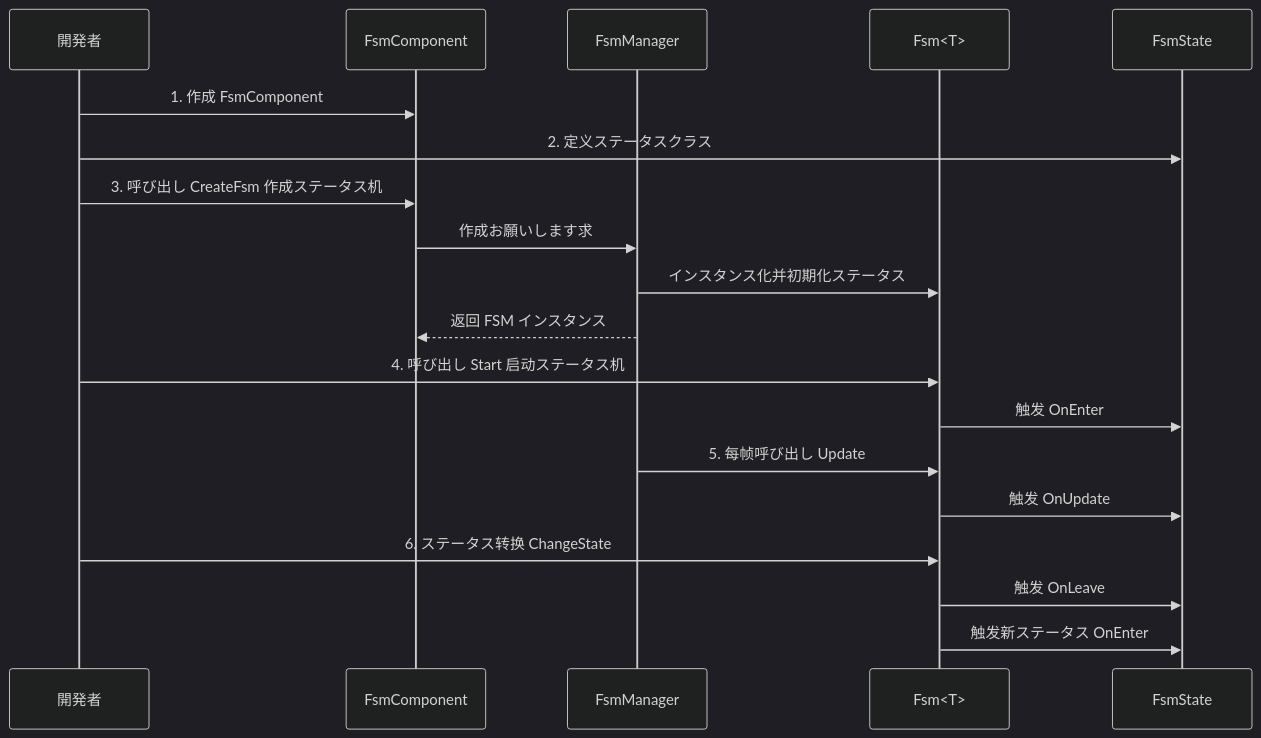
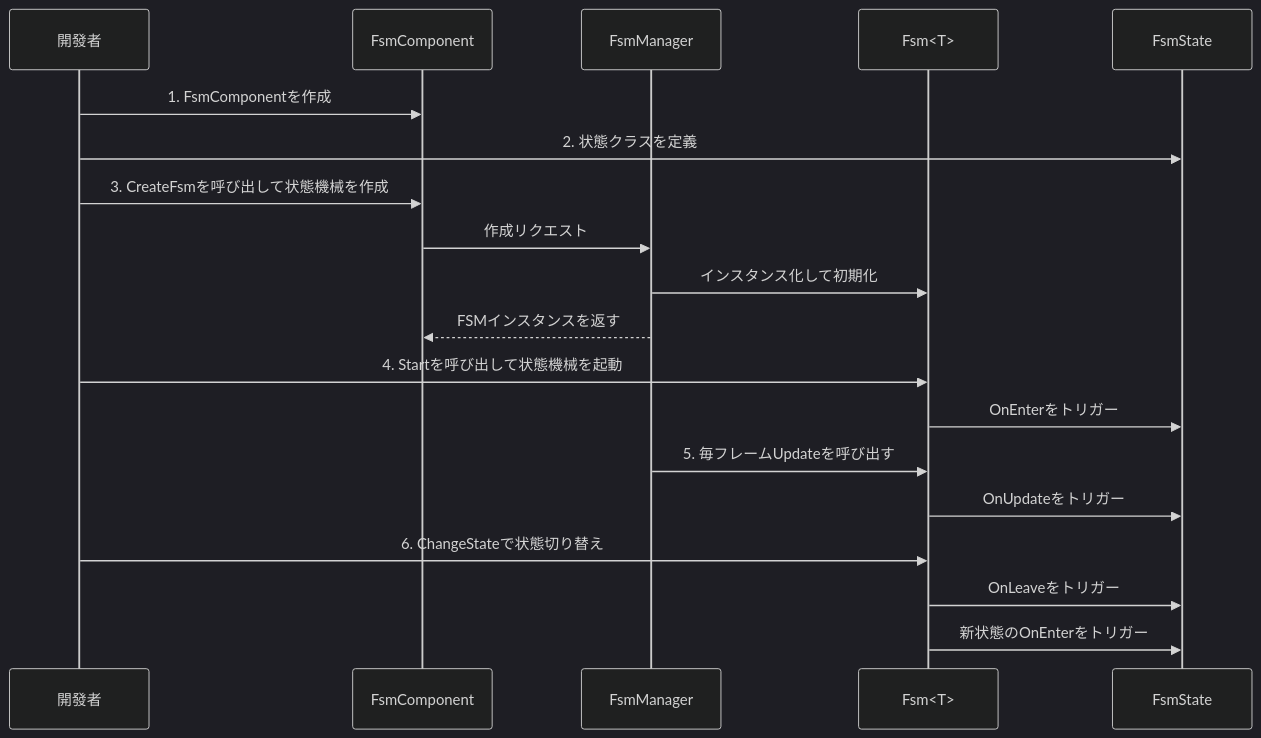
One commit to AlianBlank/GameFrameX.Docs changed the second of 2 diagrams in docs/ja/client/unity/component/fsm/03.getting-started.md. Above: the diagram before and after it, drawn with Mermaid (dark theme). The commit also changed other lines of this file and 320 other files, not shown here.

````diff
--- a/docs/ja/client/unity/component/fsm/03.getting-started.md
+++ b/docs/ja/client/unity/component/fsm/03.getting-started.md
@@ -67,22 +67,22 @@
 ```mermaid
 sequenceDiagram
-    participant Dev as 開発者
+    participant Dev as 開發者
     participant GC as FsmComponent
     participant FM as FsmManager
     participant FSM as Fsm<T>
     participant State as FsmState
 
-    Dev->>GC: 1. 作成 FsmComponent
-    Dev->>State: 2. 定义ステータスクラス
-    Dev->>GC: 3. 呼び出し CreateFsm 作成ステータス机
-    GC->>FM: 作成お願いします求
-    FM->>FSM: インスタンス化并初期化ステータス
-    FM-->>GC: 返回 FSM インスタンス
-    Dev->>FSM: 4. 呼び出し Start 启动ステータス机
-    FSM->>State: 触发 OnEnter
-    FM->>FSM: 5. 每帧呼び出し Update
-    FSM->>State: 触发 OnUpdate
-    Dev->>FSM: 6. ステータス转换 ChangeState
-    FSM->>State: 触发 OnLeave
-    FSM->>State: 触发新ステータス OnEnter
+    Dev->>GC: 1. FsmComponentを作成
+    Dev->>State: 2. 状態クラスを定義
+    Dev->>GC: 3. CreateFsmを呼び出して状態機械を作成
+    GC->>FM: 作成リクエスト
+    FM->>FSM: インスタンス化して初期化
+    FM-->>GC: FSMインスタンスを返す
+    Dev->>FSM: 4. Startを呼び出して状態機械を起動
+    FSM->>State: OnEnterをトリガー
+    FM->>FSM: 5. 毎フレームUpdateを呼び出す
+    FSM->>State: OnUpdateをトリガー
+    Dev->>FSM: 6. ChangeStateで状態切り替え
+    FSM->>State: OnLeaveをトリガー
+    FSM->>State: 新状態のOnEnterをトリガー
 ```
````
